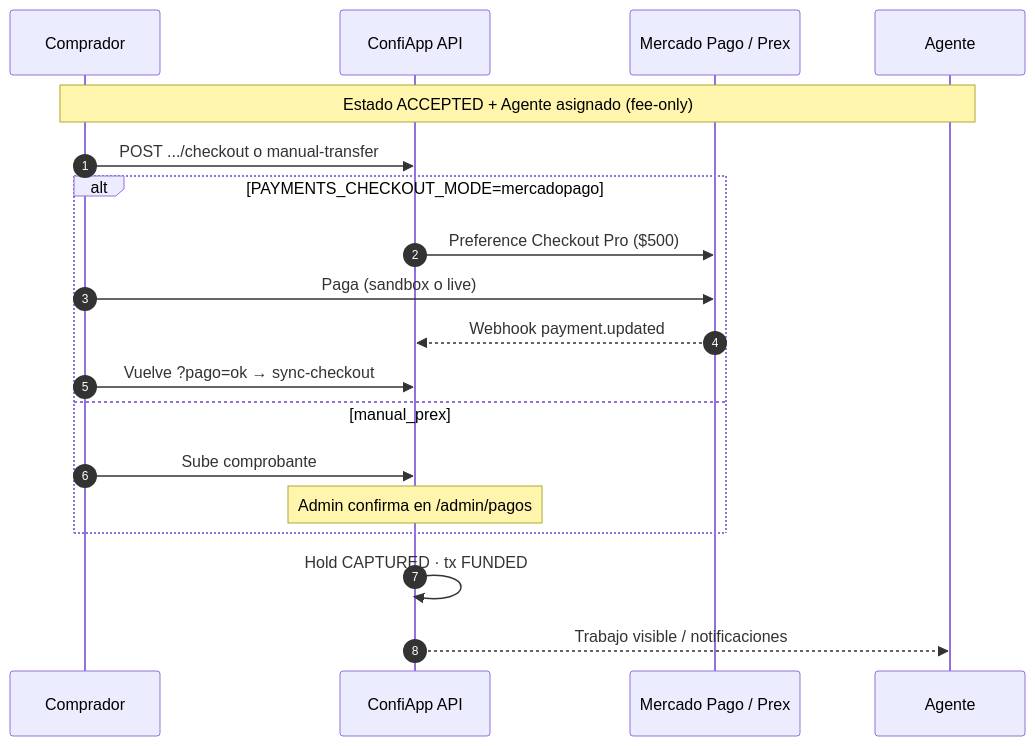
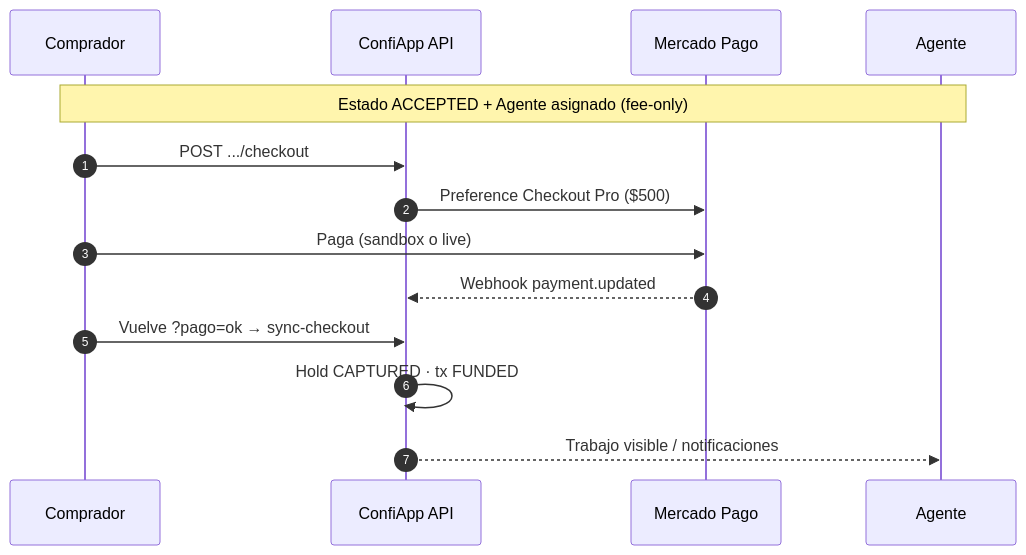
One commit to clissic/confiapp changed the fifth of 8 diagrams in docs/OPERATION_FLOWS.md. Above: the diagram before and after it, drawn with Mermaid. The commit also changed other lines of this file and 86 other files, not shown here.

````diff
--- a/docs/OPERATION_FLOWS.md
+++ b/docs/OPERATION_FLOWS.md
@@ -280,22 +271,17 @@
 ```mermaid
 sequenceDiagram
   autonumber
   participant C as Comprador
   participant App as ConfiApp API
-  participant MP as Mercado Pago / Prex
+  participant MP as Mercado Pago
   participant Ag as Agente
 
   Note over C,Ag: Estado ACCEPTED + Agente asignado (fee-only)
-  C->>App: POST .../checkout o manual-transfer
-  alt PAYMENTS_CHECKOUT_MODE=mercadopago
-    App->>MP: Preference Checkout Pro ($500)
-    C->>MP: Paga (sandbox o live)
-    MP-->>App: Webhook payment.updated
-    C->>App: Vuelve ?pago=ok → sync-checkout
-  else manual_prex
-    C->>App: Sube comprobante
-    Note over App: Admin confirma en /admin/pagos
-  end
+  C->>App: POST .../checkout
+  App->>MP: Preference Checkout Pro ($500)
+  C->>MP: Paga (sandbox o live)
+  MP-->>App: Webhook payment.updated
+  C->>App: Vuelve ?pago=ok → sync-checkout
   App->>App: Hold CAPTURED · tx FUNDED
   App-->>Ag: Trabajo visible / notificaciones
 ```
````
